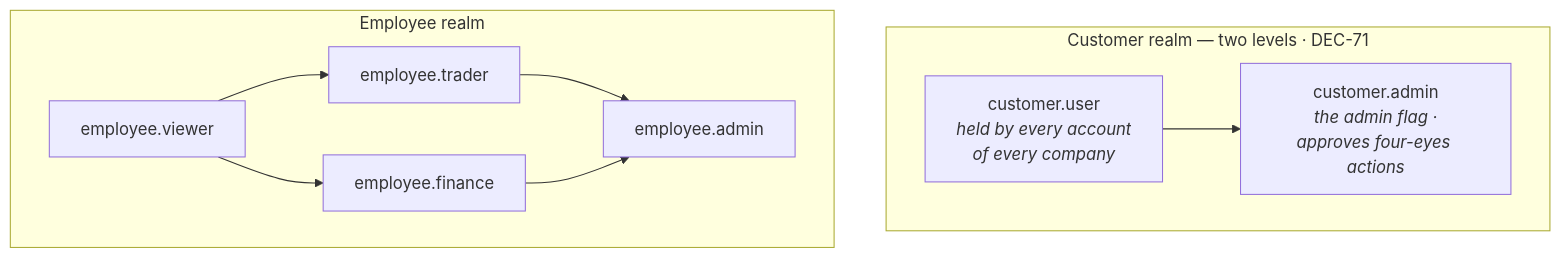
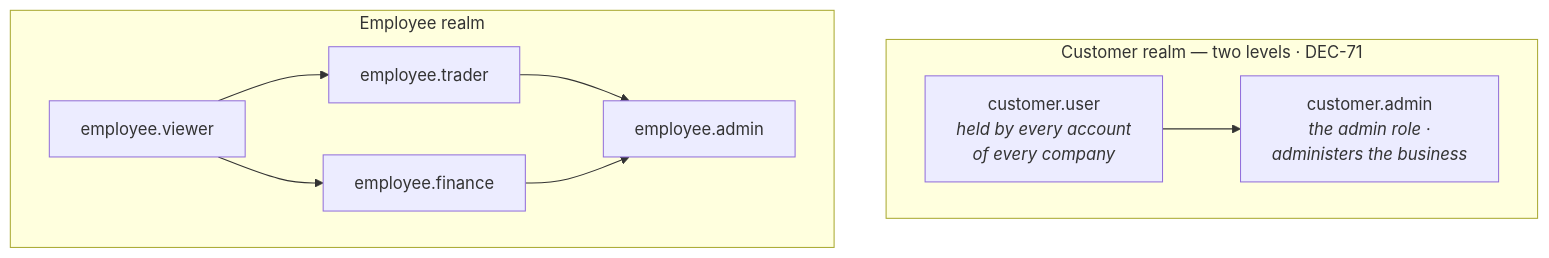
One commit to lukastosic-ifd/peakpowerspecs changed the second of 2 diagrams in specs/00-overview/03-actors-and-roles.md. Above: the diagram before and after it, drawn with Mermaid. The commit also changed other lines of this file and 40 other files, not shown here.

First line of the commit message:
DEC-179: the four-eyes rule is removed (#21)

````diff
--- a/specs/00-overview/03-actors-and-roles.md
+++ b/specs/00-overview/03-actors-and-roles.md
@@ -310,18 +258,18 @@
 ```mermaid
 flowchart TB
     subgraph cust["Customer realm — two levels · DEC-71"]
         CUSER["customer.user<br/><i>held by every account<br/>of every company</i>"]
-        CADMIN["customer.admin<br/><i>the admin flag ·<br/>approves four-eyes actions</i>"]
+        CADMIN["customer.admin<br/><i>the admin role ·<br/>administers the business</i>"]
     end
     subgraph emp["Employee realm"]
         VIEWER["employee.viewer"]
         TRADER["employee.trader"]
         FINANCE["employee.finance"]
         ADMIN["employee.admin"]
     end
     CUSER --> CADMIN
     VIEWER --> TRADER
     VIEWER --> FINANCE
     TRADER --> ADMIN
     FINANCE --> ADMIN
 ```
````
